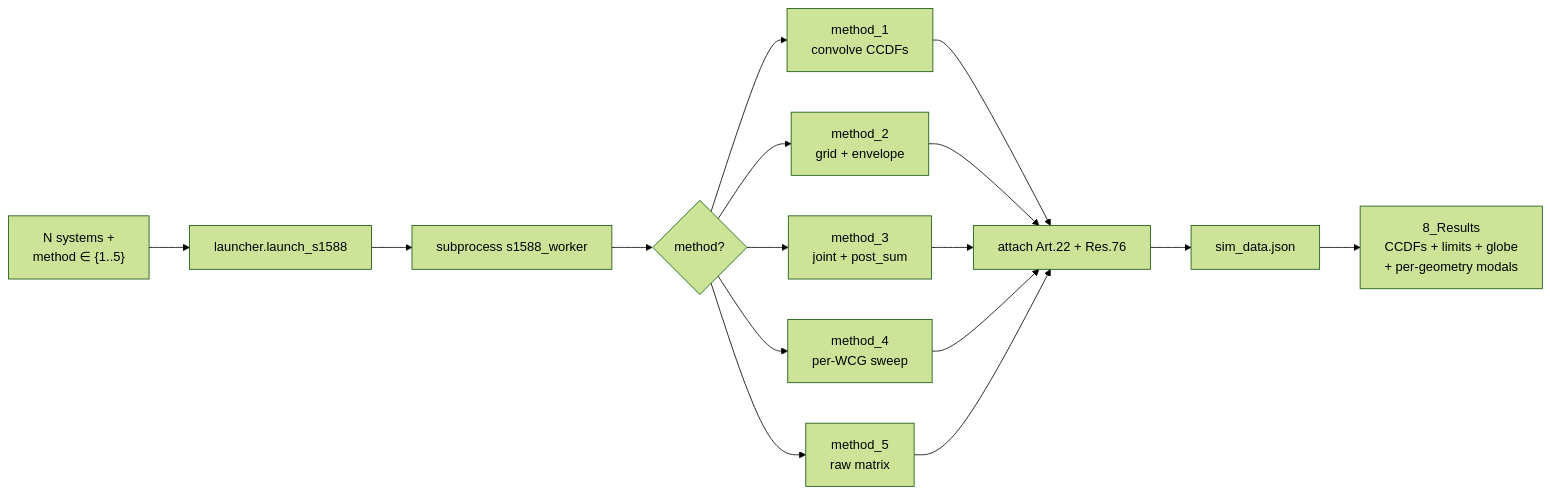
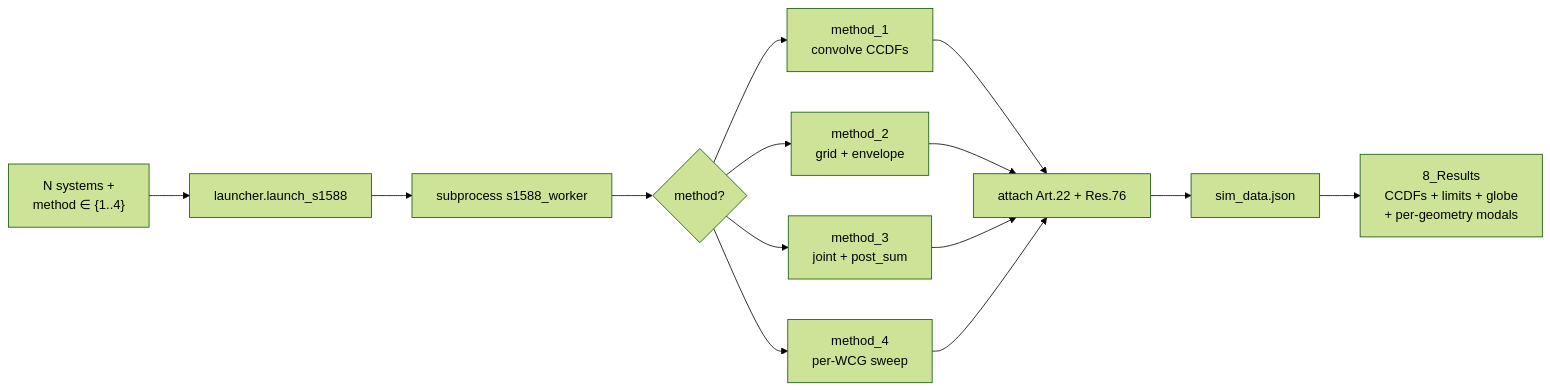
Before and after one commit to SIMULATOR-WG/SHARC-Orbit_colab_ITU: diagram 19 of 19 in ARCHITECTURE.md, drawn with Mermaid (forest theme). The commit also changed other lines of this file and 5 other files, not shown here.

First line of the commit message:
docs: update architecture and README for method changes

````diff
--- a/ARCHITECTURE.md
+++ b/ARCHITECTURE.md
@@ -1559,18 +1517,17 @@
 ```mermaid
 flowchart LR
-    A["N systems +<br>method ∈ {1..5}"]
+    A["N systems +<br>method ∈ {1..4}"]
     B[launcher.launch_s1588]
     C[subprocess s1588_worker]
     D{method?}
     M1[method_1<br>convolve CCDFs]
     M2[method_2<br>grid + envelope]
     M3[method_3<br>joint + post_sum]
     M4[method_4<br>per-WCG sweep]
-    M5[method_5<br>raw matrix]
     E[attach Art.22 + Res.76]
     F[sim_data.json]
     G["8_Results<br>CCDFs + limits + globe<br>+ per-geometry modals"]
     A --> B --> C --> D
-    D --> M1 & M2 & M3 & M4 & M5
-    M1 & M2 & M3 & M4 & M5 --> E --> F --> G
+    D --> M1 & M2 & M3 & M4
+    M1 & M2 & M3 & M4 --> E --> F --> G
 ```
````
